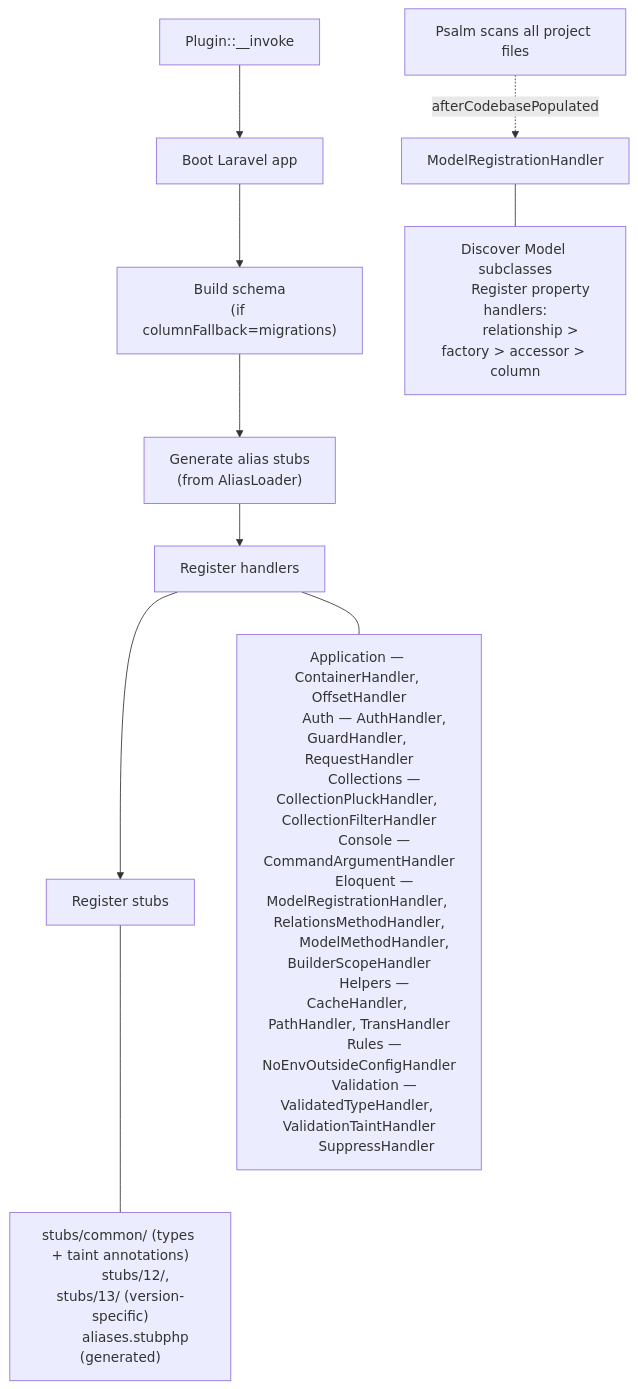
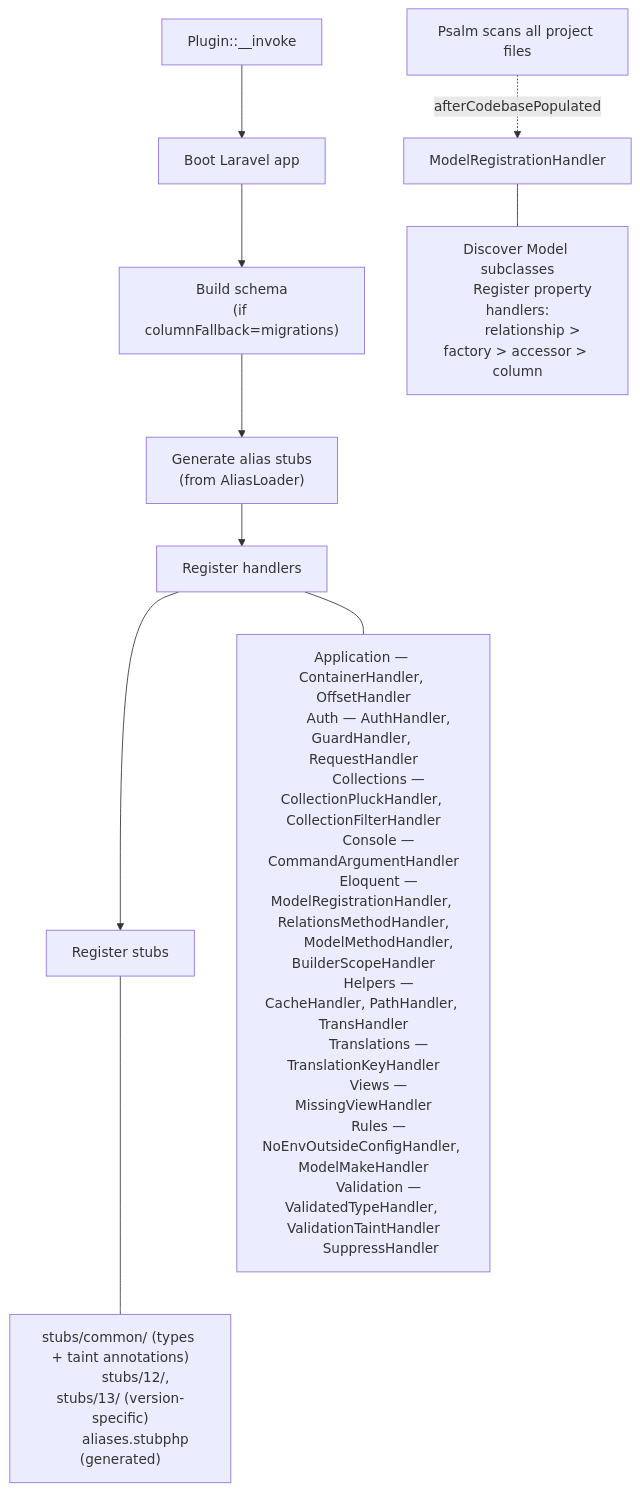
One commit to psalm/psalm-plugin-laravel changed the first of 2 diagrams in docs/contribute/README.md. Above: the diagram before and after it, drawn with Mermaid. The commit also changed other lines of this file and 16 other files, not shown here.

````diff
--- a/docs/contribute/README.md
+++ b/docs/contribute/README.md
@@ -19,34 +19,36 @@
 ```mermaid
 flowchart TD
     A["Plugin::__invoke"] --> B["Boot Laravel app"]
     B --> C["Build schema\n(if columnFallback=migrations)"]
     C --> D["Generate alias stubs\n(from AliasLoader)"]
     D --> E["Register handlers"]
     E --> F["Register stubs"]
 
     E --- handlers["
         Application — ContainerHandler, OffsetHandler
         Auth — AuthHandler, GuardHandler, RequestHandler
         Collections — CollectionPluckHandler, CollectionFilterHandler
         Console — CommandArgumentHandler
         Eloquent — ModelRegistrationHandler, RelationsMethodHandler,
         ModelMethodHandler, BuilderScopeHandler
         Helpers — CacheHandler, PathHandler, TransHandler
-        Rules — NoEnvOutsideConfigHandler
+        Translations — TranslationKeyHandler
+        Views — MissingViewHandler
+        Rules — NoEnvOutsideConfigHandler, ModelMakeHandler
         Validation — ValidatedTypeHandler, ValidationTaintHandler
         SuppressHandler
     "]
 
     F --- stubs["
         stubs/common/ (types + taint annotations)
         stubs/12/, stubs/13/ (version-specific)
         aliases.stubphp (generated)
     "]
 
     G["Psalm scans all project files"] -.->|afterCodebasePopulated| H["ModelRegistrationHandler"]
     H --- models["
         Discover Model subclasses
         Register property handlers:
         relationship > factory > accessor > column
     "]
 ```
````
